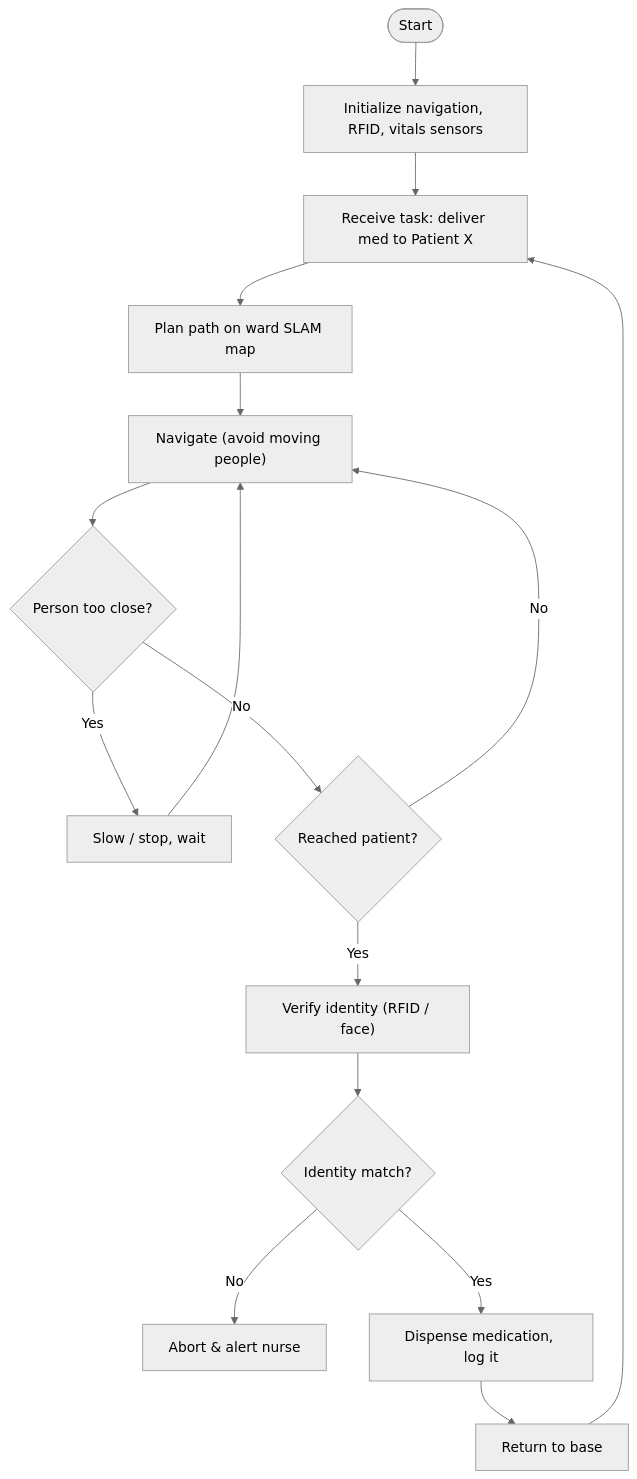
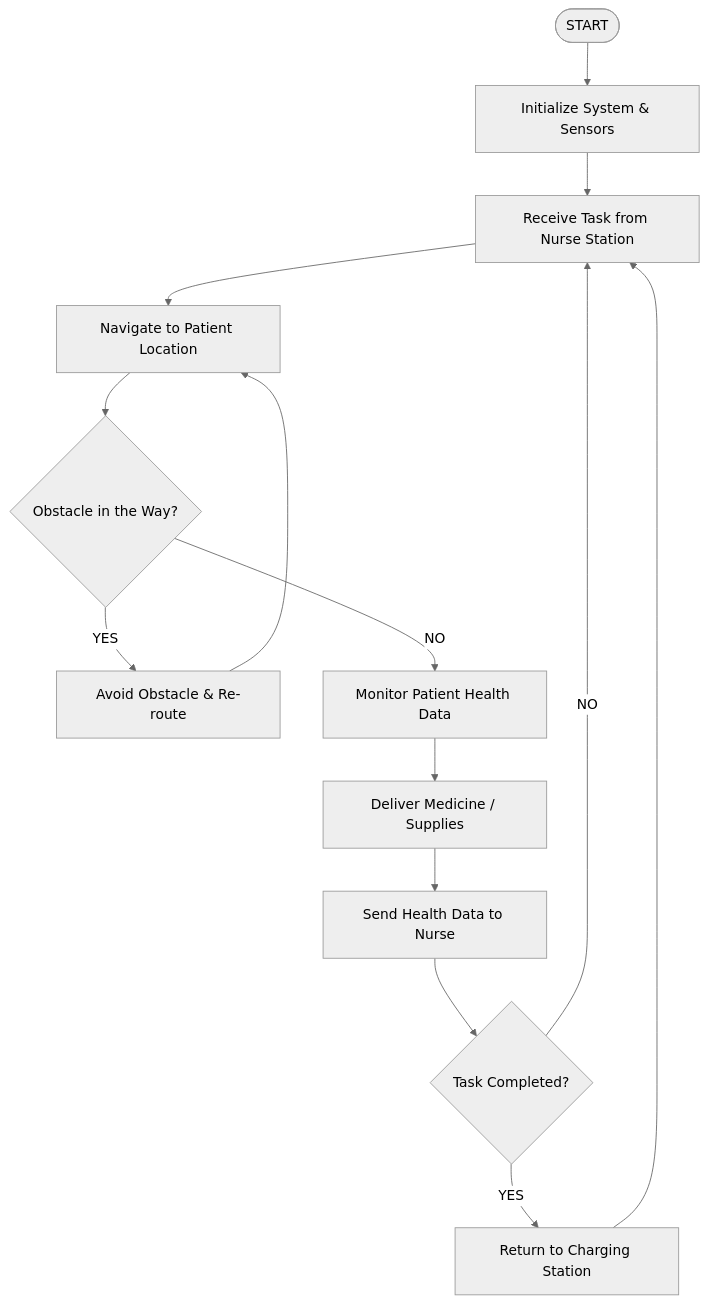
Before and after one commit to noushad999/robotics: the fourth of 5 diagrams in README.md, drawn with Mermaid (neutral theme). The commit also changed other lines of this file, not shown here.

````diff
--- a/README.md
+++ b/README.md
@@ -618,18 +311,16 @@
 ```mermaid
 flowchart TD
-    A([Start]) --> B["Initialize navigation, RFID, vitals sensors"]
-    B --> C["Receive task: deliver med to Patient X"]
-    C --> D["Plan path on ward SLAM map"]
-    D --> E["Navigate (avoid moving people)"]
-    E --> F{"Person too close?"}
-    F -->|Yes| G["Slow / stop, wait"]
-    G --> E
-    F -->|No| H{"Reached patient?"}
-    H -->|No| E
-    H -->|Yes| I["Verify identity (RFID / face)"]
-    I --> J{"Identity match?"}
-    J -->|No| K["Abort & alert nurse"]
-    J -->|Yes| L["Dispense medication, log it"]
-    L --> M["Return to base"]
-    M --> C
+    A([START]) --> B[Initialize System & Sensors]
+    B --> C[Receive Task from Nurse Station]
+    C --> D[Navigate to Patient Location]
+    D --> E{Obstacle in the Way?}
+    E -->|YES| F[Avoid Obstacle & Re-route]
+    F --> D
+    E -->|NO| G[Monitor Patient Health Data]
+    G --> H[Deliver Medicine / Supplies]
+    H --> I[Send Health Data to Nurse]
+    I --> J{Task Completed?}
+    J -->|NO| C
+    J -->|YES| K[Return to Charging Station]
+    K --> C
 ```
````
